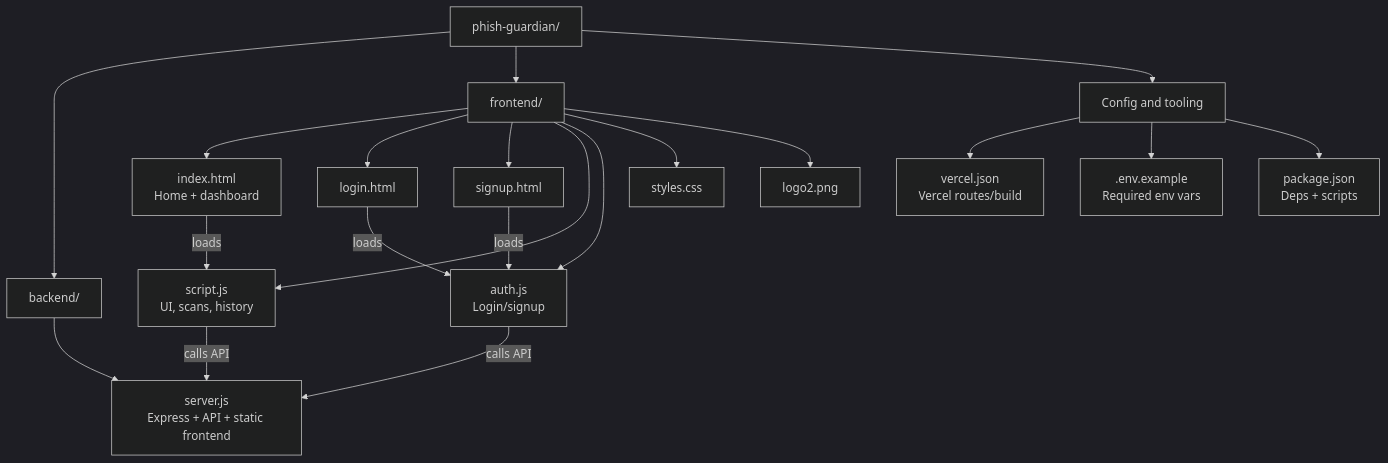
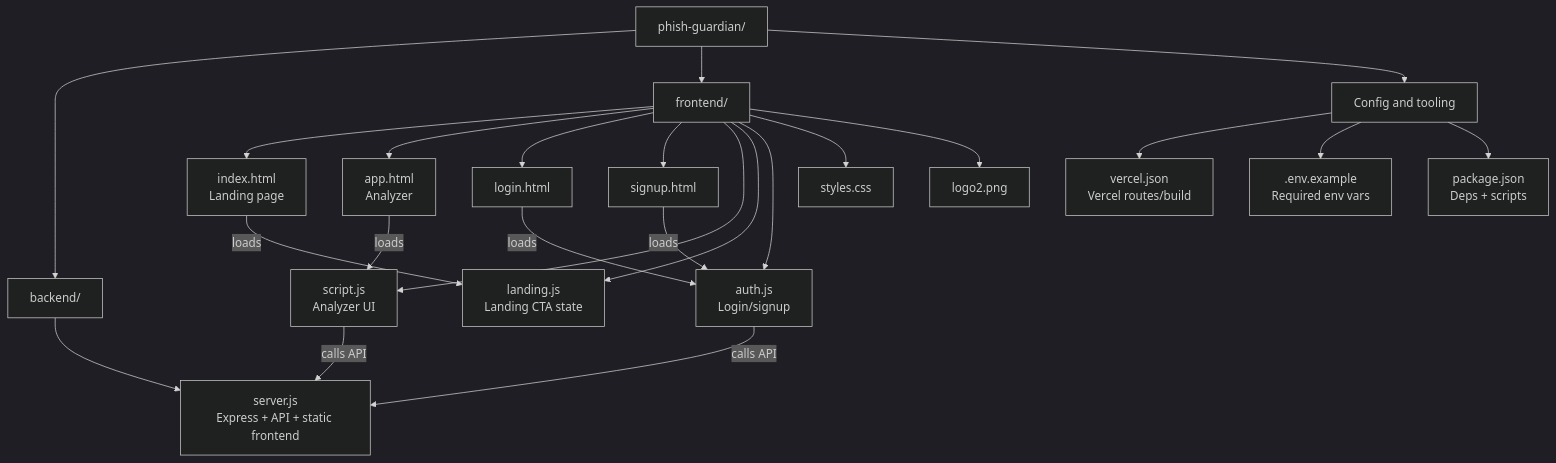
The diagram in README.md (Qhelani01/Phish-Guardian), drawn with Mermaid (dark theme) before and after one commit. The commit also changed other lines of this file and 8 other files, not shown here.

First line of the commit message:
feat: split landing page and analyzer app (/app.html)

````diff
--- a/README.md
+++ b/README.md
@@ -47,27 +50,30 @@
 ```mermaid
 flowchart TB
   Repo["phish-guardian/"]
 
   Repo --> BackendDir["backend/"]
   BackendDir --> Server["server.js<br/>Express + API + static frontend"]
 
   Repo --> FrontendDir["frontend/"]
-  FrontendDir --> Index["index.html<br/>Home + dashboard"]
+  FrontendDir --> Index["index.html<br/>Landing page"]
+  FrontendDir --> App["app.html<br/>Analyzer"]
   FrontendDir --> Login["login.html"]
   FrontendDir --> Signup["signup.html"]
-  FrontendDir --> MainJS["script.js<br/>UI, scans, history"]
+  FrontendDir --> MainJS["script.js<br/>Analyzer UI"]
+  FrontendDir --> LandingJS["landing.js<br/>Landing CTA state"]
   FrontendDir --> AuthJS["auth.js<br/>Login/signup"]
   FrontendDir --> CSS["styles.css"]
   FrontendDir --> Logo["logo2.png"]
 
   Repo --> Config["Config and tooling"]
   Config --> Vercel["vercel.json<br/>Vercel routes/build"]
   Config --> Env[".env.example<br/>Required env vars"]
   Config --> Pkg["package.json<br/>Deps + scripts"]
 
-  Index -->|loads| MainJS
+  Index -->|loads| LandingJS
+  App -->|loads| MainJS
   Login -->|loads| AuthJS
   Signup -->|loads| AuthJS
   MainJS -->|calls API| Server
   AuthJS -->|calls API| Server
 ```
````
